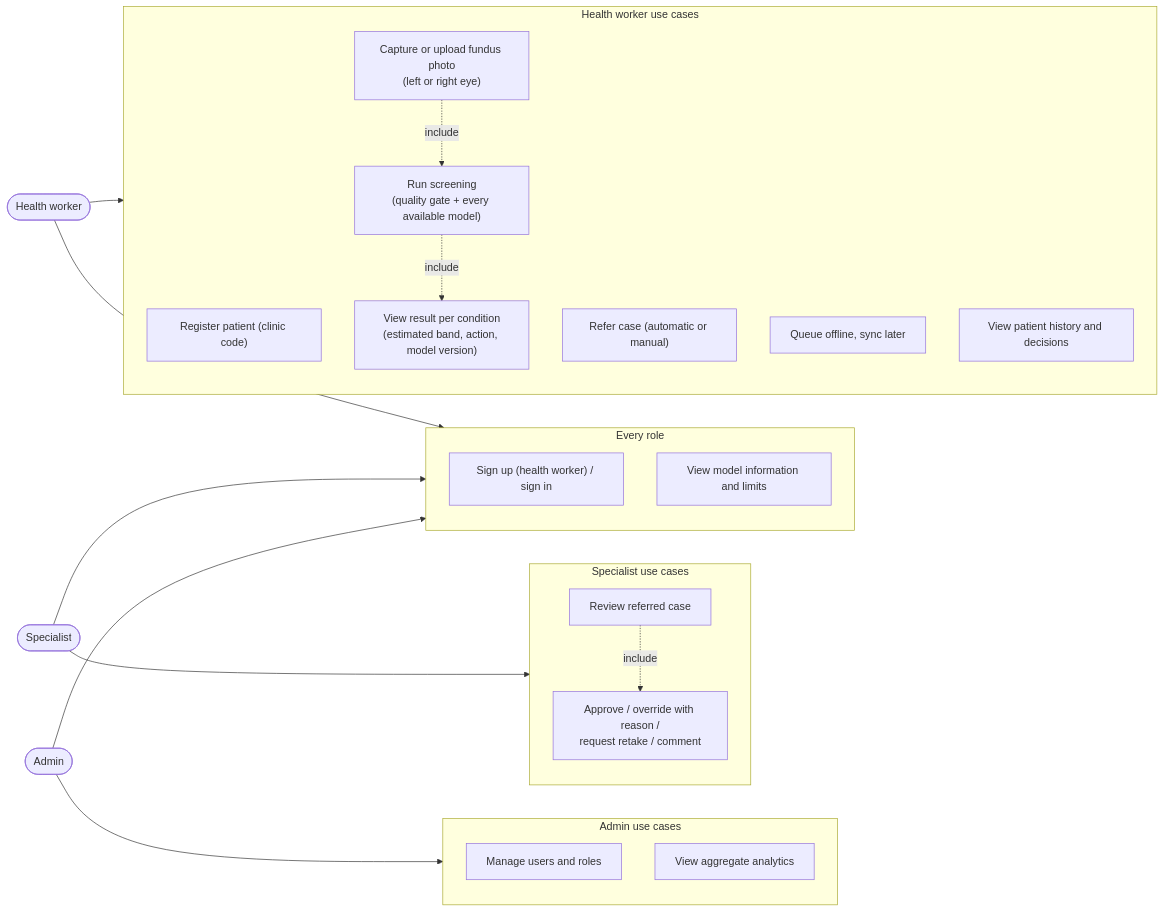
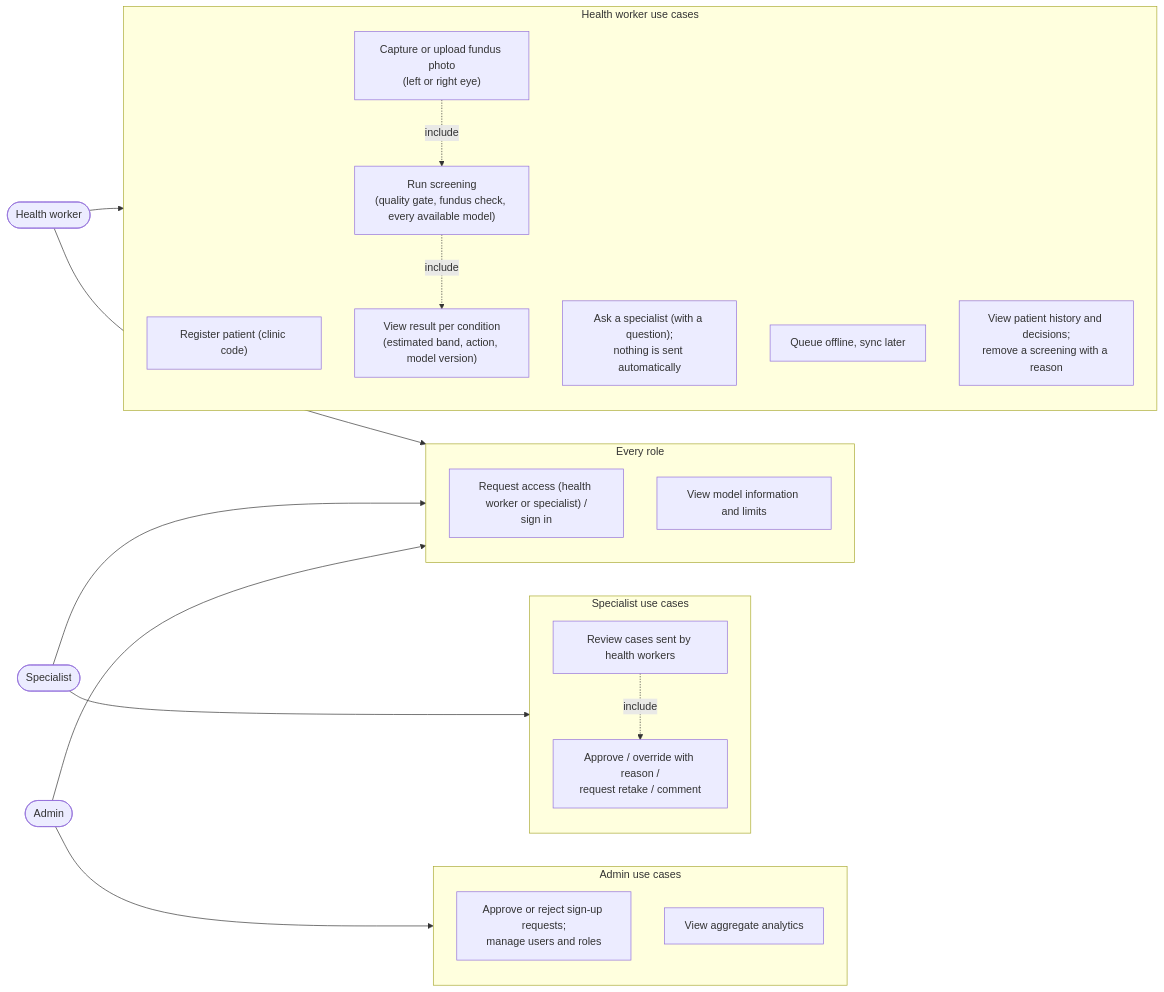
The diagram in docs/diagrams/src/use_case.mmd (Mikekimm/michael-kimani-eye-screening-capstone), drawn with Mermaid before and after one commit. The commit also changed 7 other files, not shown here.

Commit message:
docs(diagrams): ask-a-specialist referral, fundus check, sign-up requests and soft delete

```diff
--- a/docs/diagrams/src/use_case.mmd
+++ b/docs/diagrams/src/use_case.mmd
@@ -1,40 +1,40 @@
 flowchart LR
   HW(["Health worker"])
   SP(["Specialist"])
   AD(["Admin"])
 
   subgraph HWU["Health worker use cases"]
     direction TB
     UC2["Register patient (clinic code)"]
     UC3["Capture or upload fundus photo<br/>(left or right eye)"]
-    UC4["Run screening<br/>(quality gate + every available model)"]
+    UC4["Run screening<br/>(quality gate, fundus check, every available model)"]
     UC5["View result per condition<br/>(estimated band, action, model version)"]
-    UC6["Refer case (automatic or manual)"]
+    UC6["Ask a specialist (with a question);<br/>nothing is sent automatically"]
     UC7["Queue offline, sync later"]
-    UC8["View patient history and decisions"]
+    UC8["View patient history and decisions;<br/>remove a screening with a reason"]
     UC3 -. include .-> UC4 -. include .-> UC5
   end
 
   subgraph SPU["Specialist use cases"]
     direction TB
-    UC9["Review referred case"]
+    UC9["Review cases sent by health workers"]
     UC10["Approve / override with reason /<br/>request retake / comment"]
     UC9 -. include .-> UC10
   end
 
   subgraph ADU["Admin use cases"]
     direction TB
-    UC11["Manage users and roles"]
+    UC11["Approve or reject sign-up requests;<br/>manage users and roles"]
     UC12["View aggregate analytics"]
   end
 
   subgraph ALL["Every role"]
     direction TB
-    UC1["Sign up (health worker) / sign in"]
+    UC1["Request access (health worker or specialist) /<br/>sign in"]
     UC13["View model information and limits"]
   end
 
   HW --> HWU
   SP --> SPU
   AD --> ADU
   HW & SP & AD --> ALL
```
